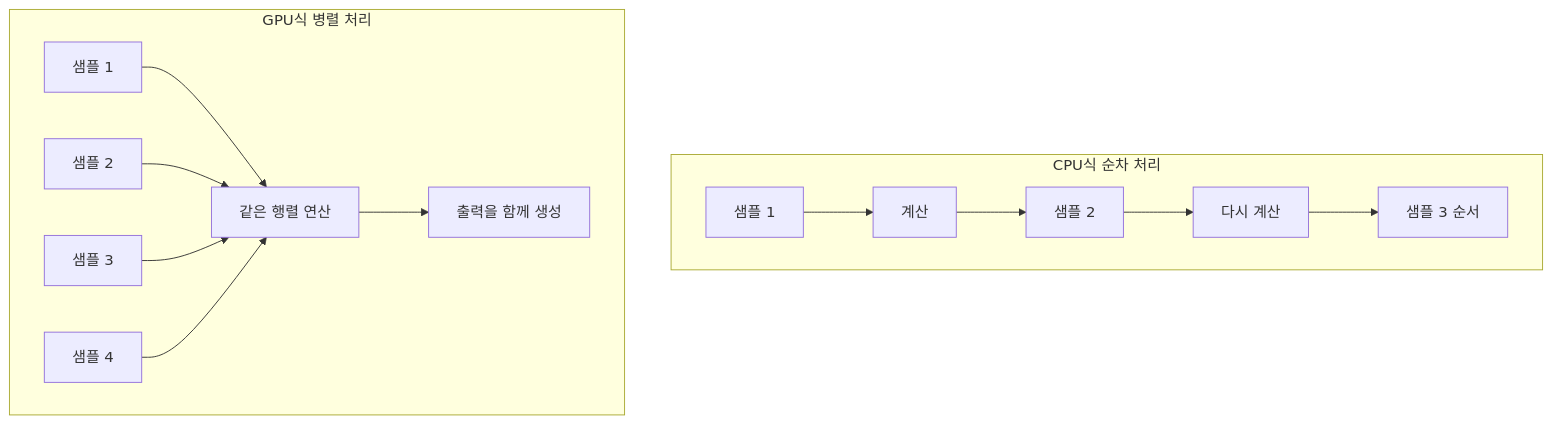
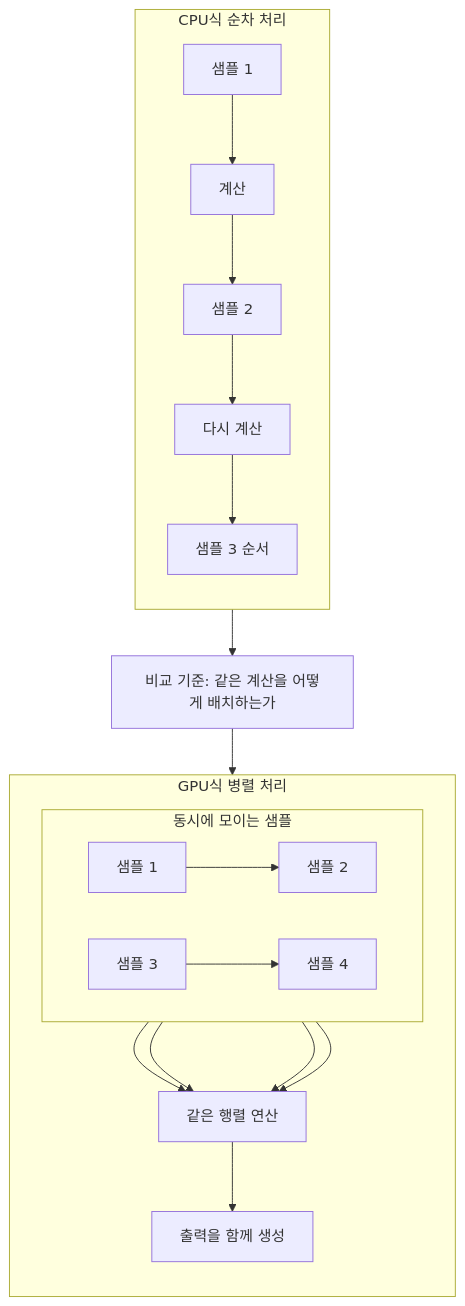
One commit to devchan64/AiBook changed the diagram in docs/assets/part-05/chapter-09/cpu-gpu-parallel-flow-ko.mmd. Above: the diagram before and after it, drawn with Mermaid. The commit also changed 130 other files, not shown here.

Commit message:
Refine part 5 charts and terminology

```diff
--- a/docs/assets/part-05/chapter-09/cpu-gpu-parallel-flow-ko.mmd
+++ b/docs/assets/part-05/chapter-09/cpu-gpu-parallel-flow-ko.mmd
@@ -1,15 +1,26 @@
 flowchart TD
   subgraph CPU["CPU식 순차 처리"]
+    direction TB
     A1["샘플 1"] --> B1["계산"]
     B1 --> C1["샘플 2"]
     C1 --> D1["다시 계산"]
     D1 --> E1["샘플 3 순서"]
   end
 
+  GAP["비교 기준: 같은 계산을 어떻게 배치하는가"]
+
   subgraph GPU["GPU식 병렬 처리"]
-    A2["샘플 1"] --> P["같은 행렬 연산"]
-    A3["샘플 2"] --> P
-    A4["샘플 3"] --> P
-    A5["샘플 4"] --> P
+    direction TB
+    subgraph INPUTS["동시에 모이는 샘플"]
+      direction LR
+      A2["샘플 1"] --> A3["샘플 2"]
+      A4["샘플 3"] --> A5["샘플 4"]
+    end
+    A2 --> P["같은 행렬 연산"]
+    A3 --> P
+    A4 --> P
+    A5 --> P
     P --> O["출력을 함께 생성"]
   end
+
+  CPU --> GAP --> GPU
```
